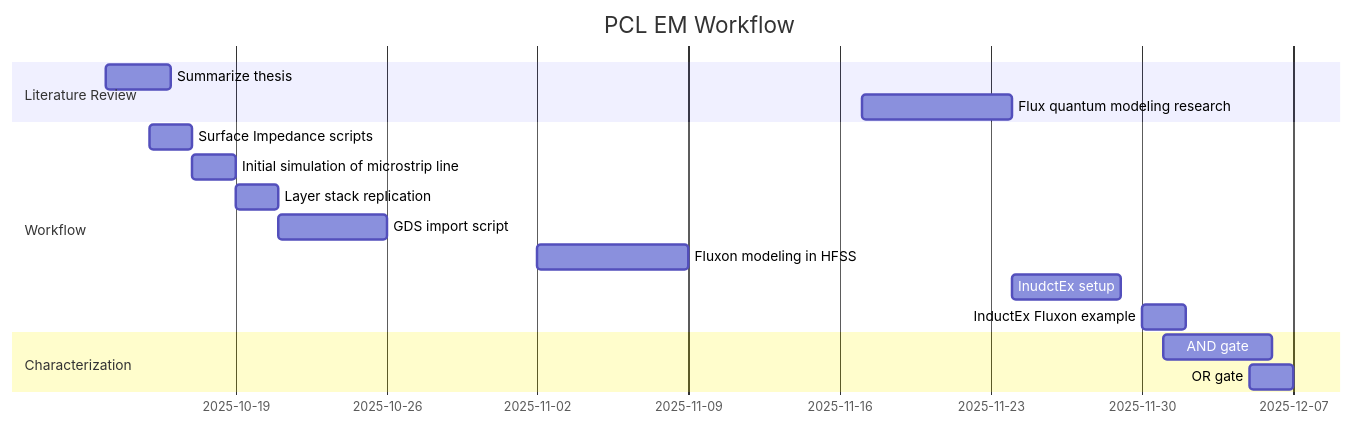
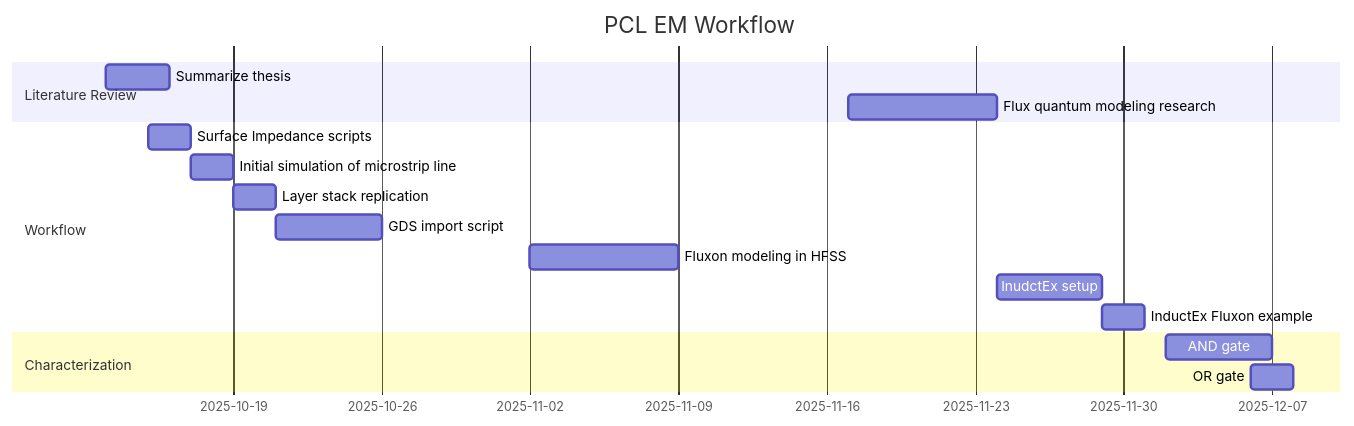
One commit to woodworthkyle/wisc_SC_EM_flow changed the diagram in README.md. Above: the diagram before and after it, drawn with Mermaid.

Commit message:
Update project deadlines in README

````diff
--- a/README.md
+++ b/README.md
@@ -1,19 +1,19 @@
 ```mermaid
 gantt
     title PCL EM Workflow
     dateFormat YYYY-MM-DD
     section Literature Review
         Summarize thesis: 2025-10-13, 3d
         Flux quantum modeling research: 2025-11-17, 7d
     section Workflow
         Surface Impedance scripts :2025-10-15, 2d
         Initial simulation of microstrip line :2025-10-17, 2d
         Layer stack replication: 2025-10-19, 2d
         GDS import script: 2025-10-21, 5d
         Fluxon modeling in HFSS: 2025-11-02, 7d
         InudctEx setup: 2025-11-24, 5d
-        InductEx Fluxon example: 2025-11-30, 2d
+        InductEx Fluxon example: 2025-11-29, 2d
     Section Characterization
-        AND gate :2025-12-01, 5d
-        OR gate :2025-12-05, 2d
+        AND gate :2025-12-02, 5d
+        OR gate :2025-12-06, 2d
 ```
````
